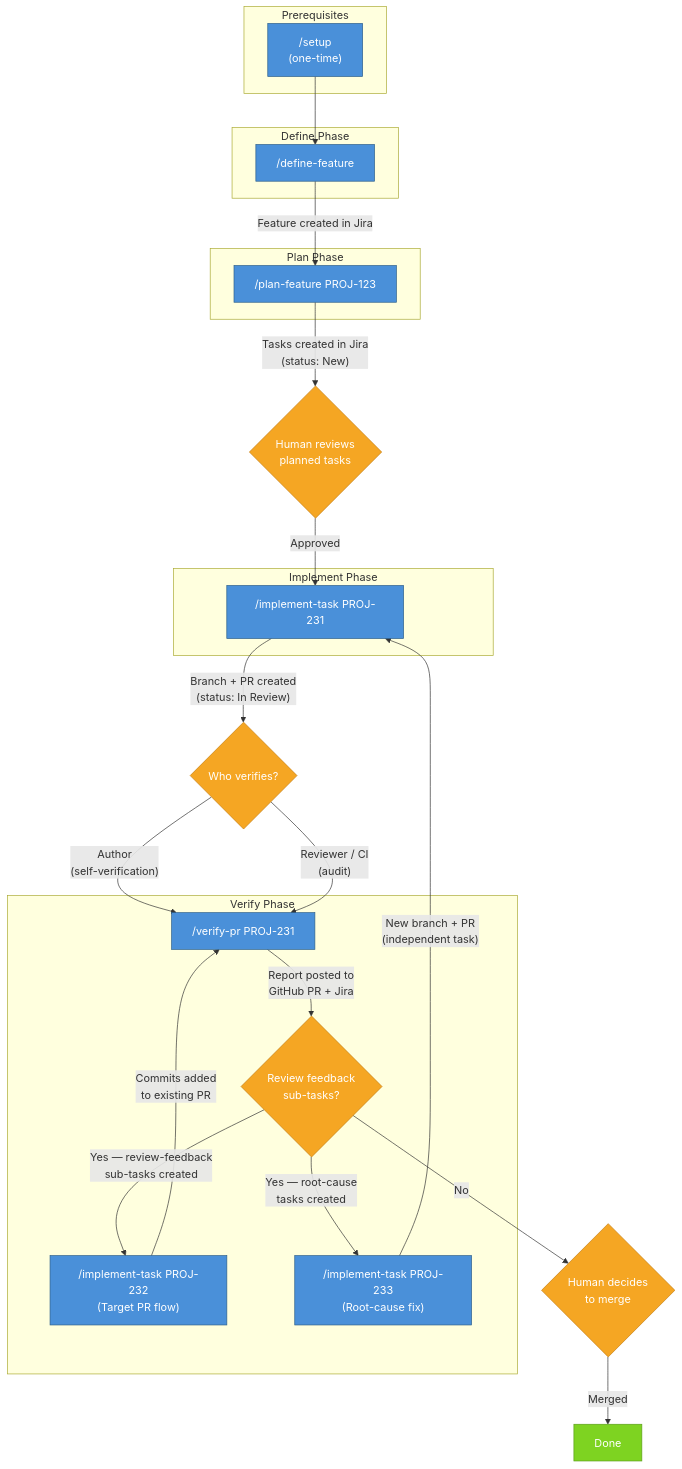
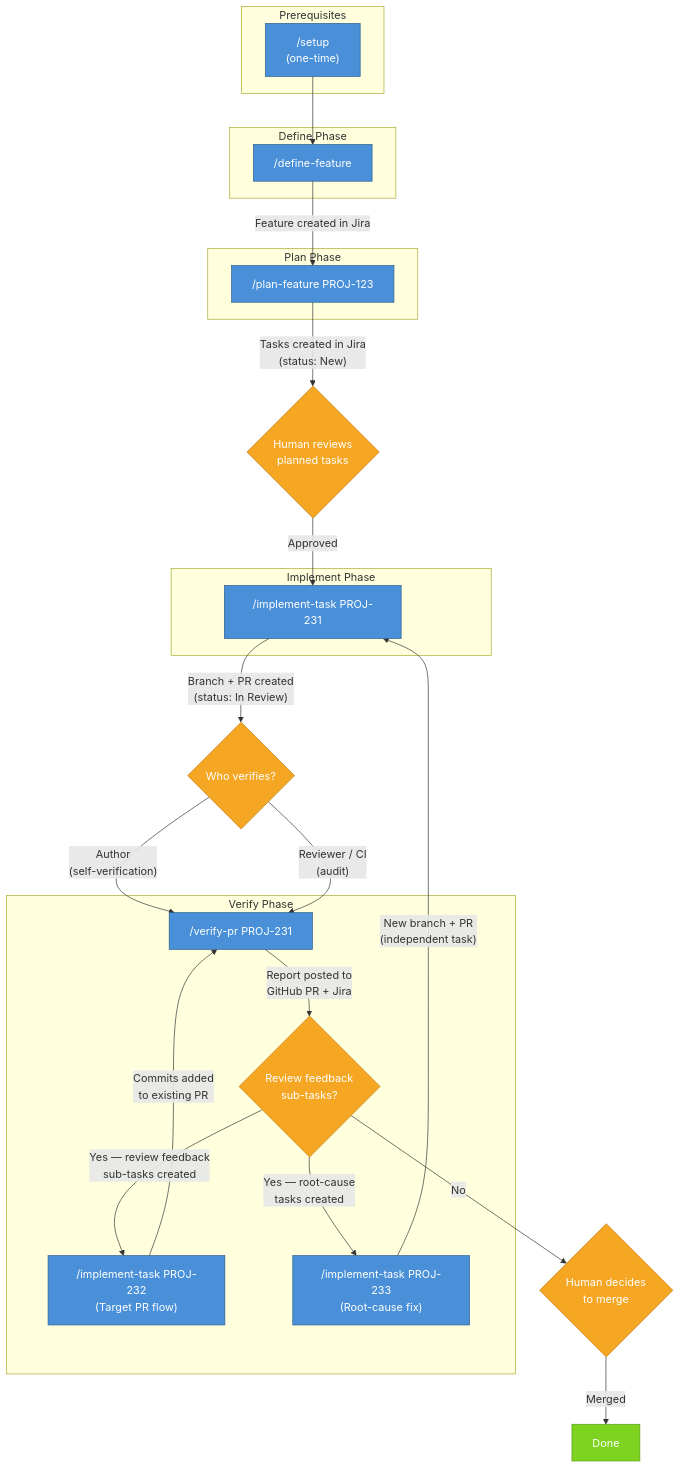
The diagram in docs/workflow.md (mrizzi/sdlc-plugins), drawn with Mermaid before and after one commit.

````diff
--- a/docs/workflow.md
+++ b/docs/workflow.md
@@ -7,48 +7,48 @@
 ```mermaid
 flowchart TD
     subgraph Prerequisites
         setup["/setup\n(one-time)"]
     end
 
     subgraph Define Phase
         define["/define-feature"]
     end
 
     subgraph Plan Phase
         plan["/plan-feature PROJ-123"]
     end
 
     subgraph Implement Phase
         implement["/implement-task PROJ-231"]
     end
 
     subgraph Verify Phase
         verify["/verify-pr PROJ-231"]
         has_subtasks{"Review feedback\nsub-tasks?"}
         implement_fix["/implement-task PROJ-232\n(Target PR flow)"]
         root_cause["/implement-task PROJ-233\n(Root-cause fix)"]
     end
 
     setup --> define
     define -->|"Feature created in Jira"| plan
     plan -->|"Tasks created in Jira\n(status: New)"| human_review{"Human reviews\nplanned tasks"}
     human_review -->|Approved| implement
     implement -->|"Branch + PR created\n(status: In Review)"| verify_choice{"Who verifies?"}
     verify_choice -->|"Author\n(self-verification)"| verify
     verify_choice -->|"Reviewer / CI\n(audit)"| verify
     verify -->|"Report posted to\nGitHub PR + Jira"| has_subtasks
-    has_subtasks -->|"Yes — review-feedback\nsub-tasks created"| implement_fix
+    has_subtasks -->|"Yes — review feedback\nsub-tasks created"| implement_fix
     has_subtasks -->|"Yes — root-cause\ntasks created"| root_cause
     implement_fix -->|"Commits added\nto existing PR"| verify
     root_cause -->|"New branch + PR\n(independent task)"| implement
     has_subtasks -->|"No"| merge_decision{"Human decides\nto merge"}
     merge_decision -->|Merged| done["Done"]
 
     classDef skill fill:#4a90d9,stroke:#2c5f8a,color:#fff
     classDef human fill:#f5a623,stroke:#c47d10,color:#fff
     classDef state fill:#7ed321,stroke:#5a9e18,color:#fff
 
     class setup,define,plan,implement,verify,implement_fix,root_cause skill
     class human_review,verify_choice,has_subtasks,merge_decision human
     class done state
 ```
````
